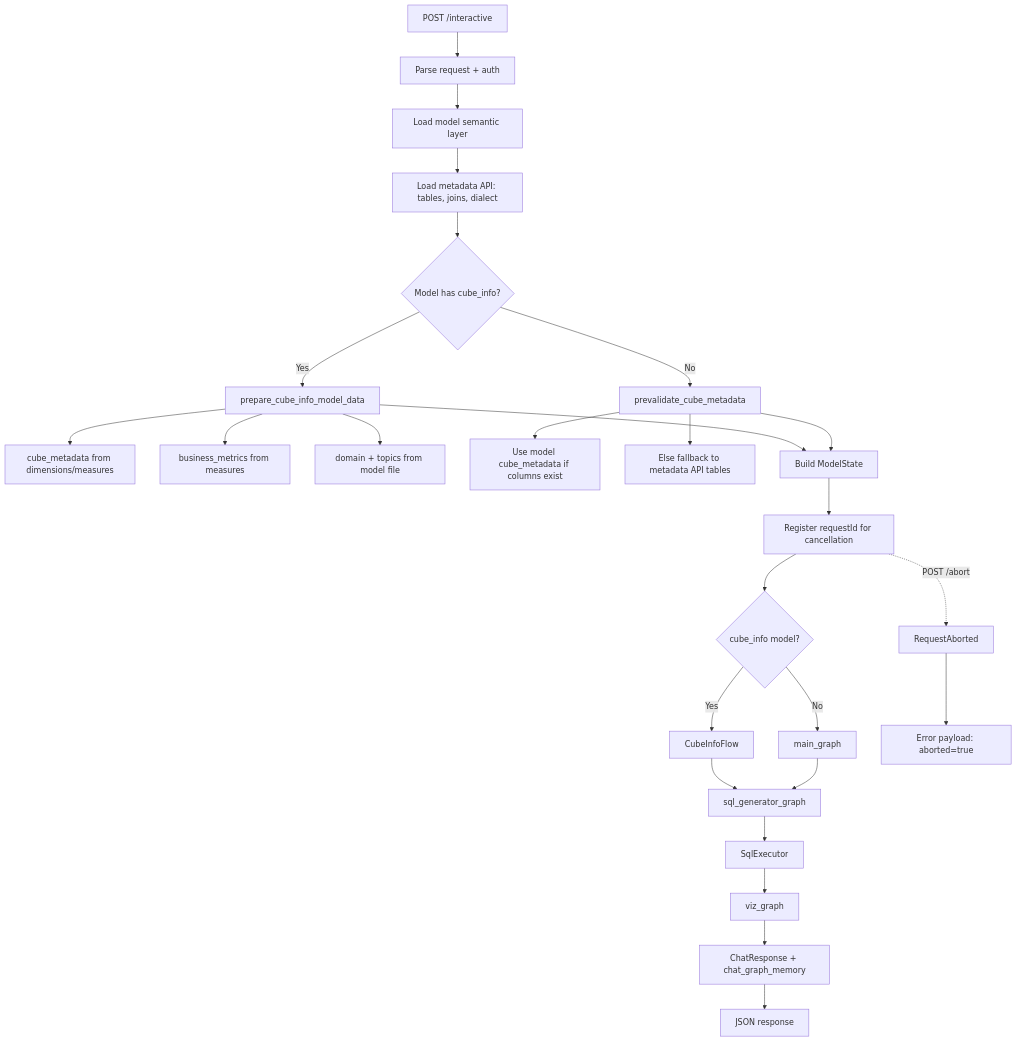
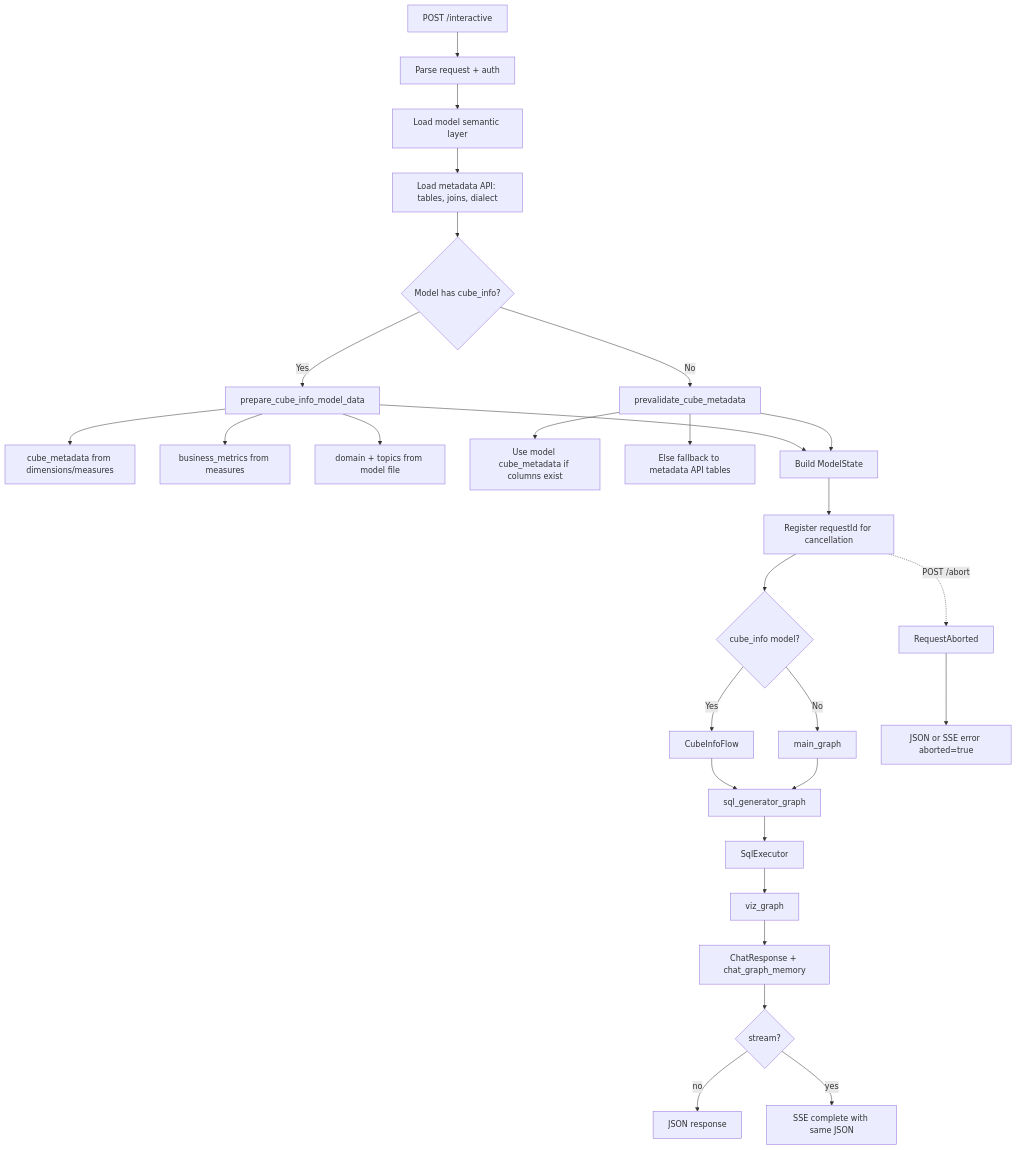
One commit to helicalinsight/helicalinsight changed the first of 3 diagrams in instantbi/src/com/helicalinsight/instantbi/docs/INTERACTIVE_FLOW.md. Above: the diagram before and after it, drawn with Mermaid. The commit also changed other lines of this file and 225 other files, not shown here.

````diff
--- a/instantbi/src/com/helicalinsight/instantbi/docs/INTERACTIVE_FLOW.md
+++ b/instantbi/src/com/helicalinsight/instantbi/docs/INTERACTIVE_FLOW.md
@@ -23,34 +47,35 @@
 ```mermaid
 flowchart TD
     A[POST /interactive] --> B[Parse request + auth]
     B --> C[Load model semantic layer]
     C --> D[Load metadata API: tables, joins, dialect]
     D --> E{Model has cube_info?}
 
     E -->|Yes| F[prepare_cube_info_model_data]
     F --> F1[cube_metadata from dimensions/measures]
     F --> F2[business_metrics from measures]
     F --> F3[domain + topics from model file]
 
     E -->|No| G[prevalidate_cube_metadata]
     G --> G1[Use model cube_metadata if columns exist]
     G --> G2[Else fallback to metadata API tables]
 
     F --> H[Build ModelState]
     G --> H
     H --> I[Register requestId for cancellation]
 
     I --> J{cube_info model?}
     J -->|Yes| K[CubeInfoFlow]
     J -->|No| L[main_graph]
 
     K --> M[sql_generator_graph]
     L --> M
     M --> N[SqlExecutor]
     N --> O[viz_graph]
     O --> P[ChatResponse + chat_graph_memory]
-    P --> Q[JSON response]
-
-    I -.->|POST /abort| R[RequestAborted]
-    R --> S[Error payload: aborted=true]
+    P --> Q{stream?}
+    Q -->|no| R[JSON response]
+    Q -->|yes| S[SSE complete with same JSON]
+    I -.->|POST /abort| T[RequestAborted]
+    T --> U[JSON or SSE error aborted=true]
 ```
````
